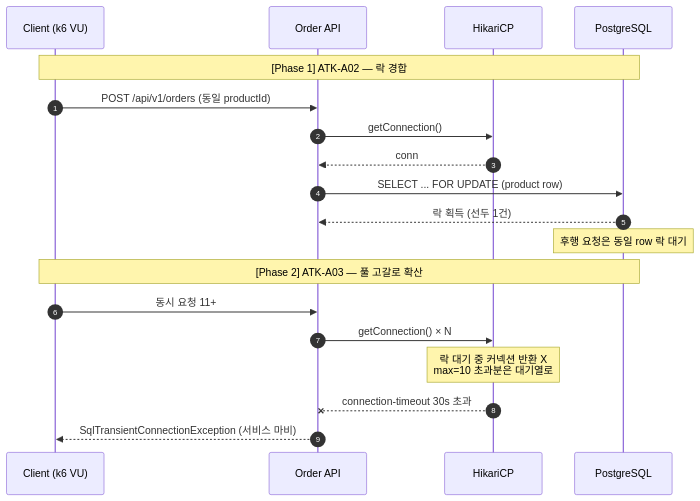
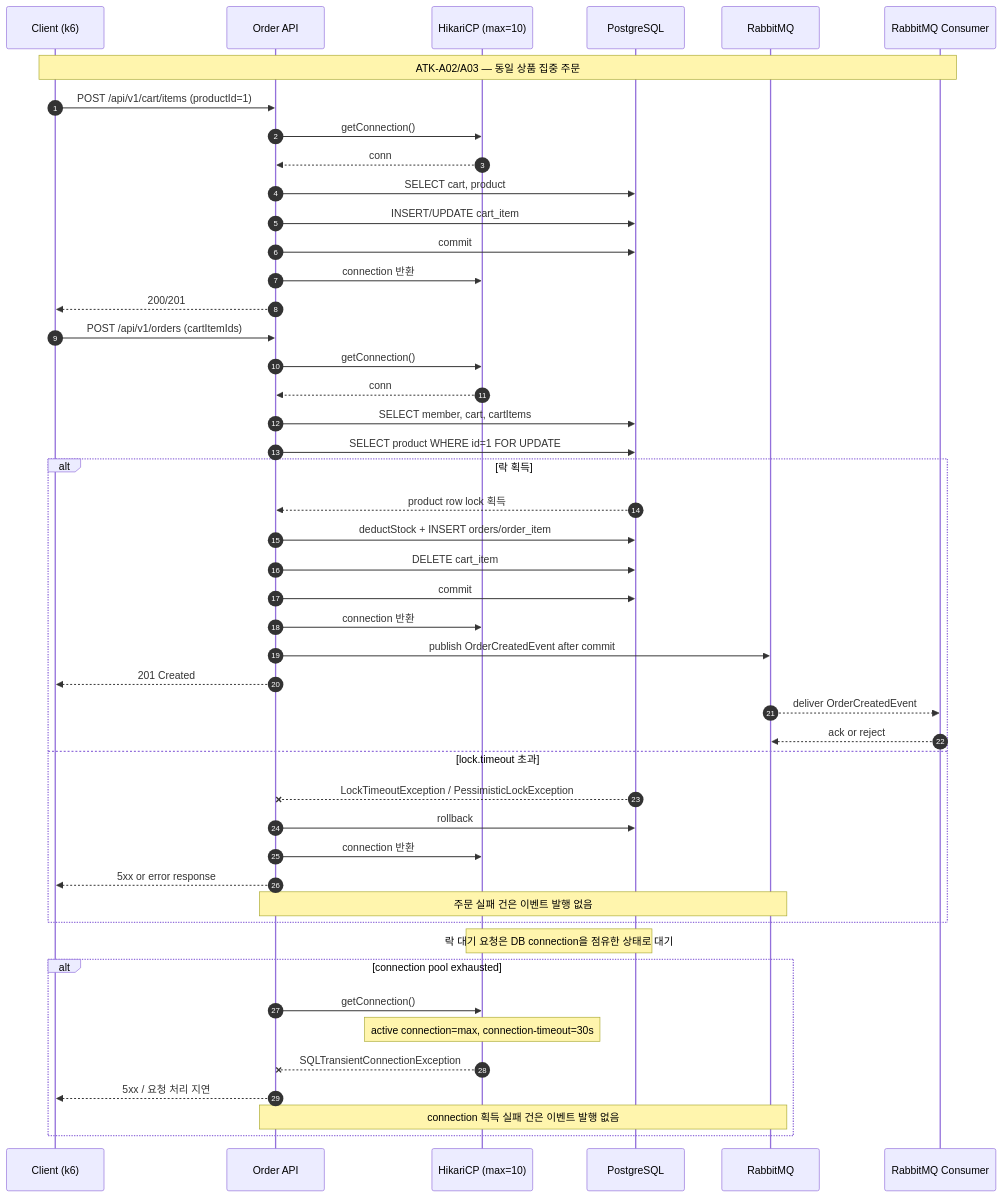
The diagram in docs/2Phase/reports/ATK-A02&ATK-A03.md (protect-my-service/tema-a), drawn with Mermaid before and after one commit. The commit also changed other lines of this file and 4 other files, not shown here.

````diff
--- a/docs/2Phase/reports/ATK-A02&ATK-A03.md
+++ b/docs/2Phase/reports/ATK-A02&ATK-A03.md
@@ -16,21 +16,55 @@
 ```mermaid
 sequenceDiagram
     autonumber
-    participant C as Client (k6 VU)
+    participant C as Client (k6)
     participant API as Order API
-    participant Pool as HikariCP
+    participant Pool as HikariCP (max=10)
     participant DB as PostgreSQL
-    Note over C, DB: [Phase 1] ATK-A02 — 락 경합
-    C ->> API: POST /api/v1/orders (동일 productId)
-    API ->> Pool: getConnection()
-    Pool -->> API: conn
-    API ->> DB: SELECT ... FOR UPDATE (product row)
-    DB -->> API: 락 획득 (선두 1건)
-    Note over DB: 후행 요청은 동일 row 락 대기
-    Note over C, DB: [Phase 2] ATK-A03 — 풀 고갈로 확산
-    C ->> API: 동시 요청 11+
-    API ->> Pool: getConnection() × N
-    Note over Pool: 락 대기 중 커넥션 반환 X<br/>max=10 초과분은 대기열로
-    Pool --x API: connection-timeout 30s 초과
-    API -->> C: SqlTransientConnectionException (서비스 마비)
-```
+    participant MQ as RabbitMQ
+    participant Consumer as RabbitMQ Consumer
+
+    Note over C,Consumer: ATK-A02/A03 — 동일 상품 집중 주문
+
+    C->>API: POST /api/v1/cart/items (productId=1)
+    API->>Pool: getConnection()
+    Pool-->>API: conn
+    API->>DB: SELECT cart, product
+    API->>DB: INSERT/UPDATE cart_item
+    API->>DB: commit
+    API->>Pool: connection 반환
+    API-->>C: 200/201
+
+    C->>API: POST /api/v1/orders (cartItemIds)
+    API->>Pool: getConnection()
+    Pool-->>API: conn
+    API->>DB: SELECT member, cart, cartItems
+    API->>DB: SELECT product WHERE id=1 FOR UPDATE
+
+    alt 락 획득
+        DB-->>API: product row lock 획득
+        API->>DB: deductStock + INSERT orders/order_item
+        API->>DB: DELETE cart_item
+        API->>DB: commit
+        API->>Pool: connection 반환
+        API->>MQ: publish OrderCreatedEvent after commit
+        API-->>C: 201 Created
+        MQ-->>Consumer: deliver OrderCreatedEvent
+        Consumer-->>MQ: ack or reject
+    else lock.timeout 초과
+        DB--xAPI: LockTimeoutException / PessimisticLockException
+        API->>DB: rollback
+        API->>Pool: connection 반환
+        API-->>C: 5xx or error response
+        Note over API,MQ: 주문 실패 건은 이벤트 발행 없음
+    end
+
+    Note over Pool,DB: 락 대기 요청은 DB connection을 점유한 상태로 대기
+
+    alt connection pool exhausted
+        API->>Pool: getConnection()
+        Note over Pool: active connection=max, connection-timeout=30s
+        Pool--xAPI: SQLTransientConnectionException
+        API-->>C: 5xx / 요청 처리 지연
+        Note over API,MQ: connection 획득 실패 건은 이벤트 발행 없음
+    end
+```  
````
